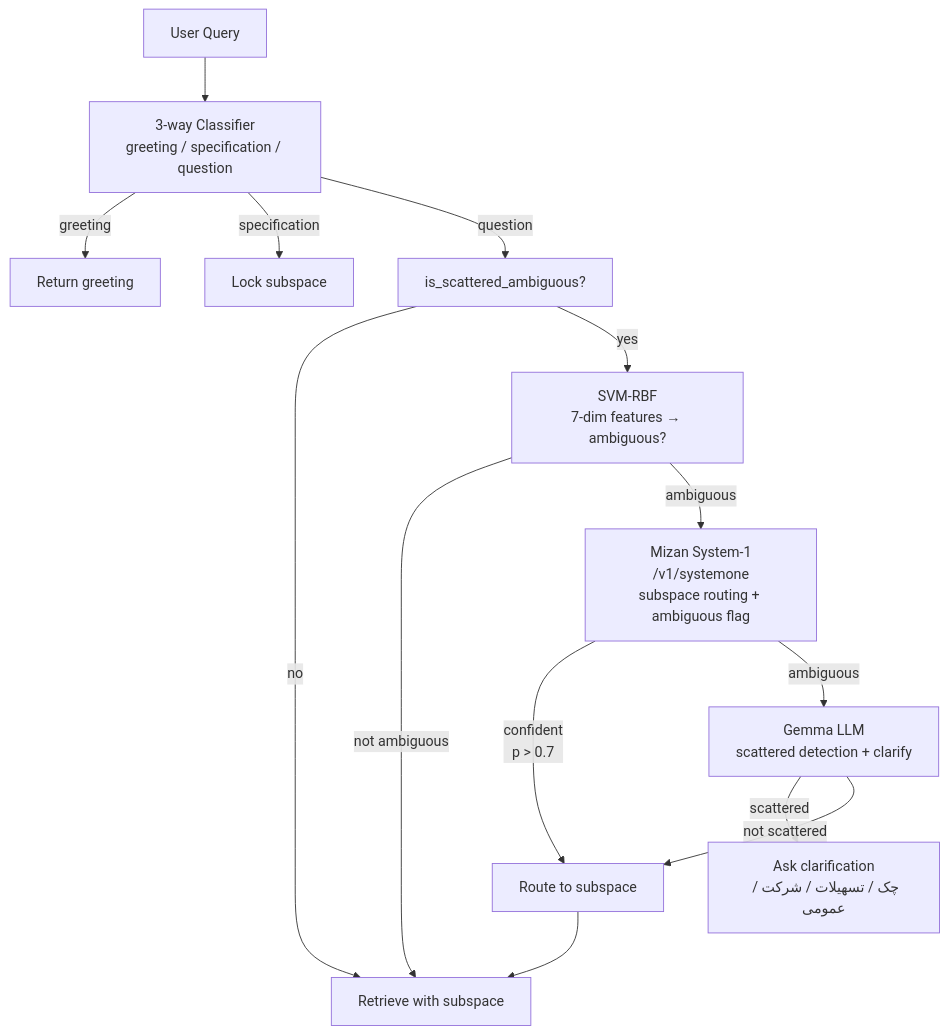
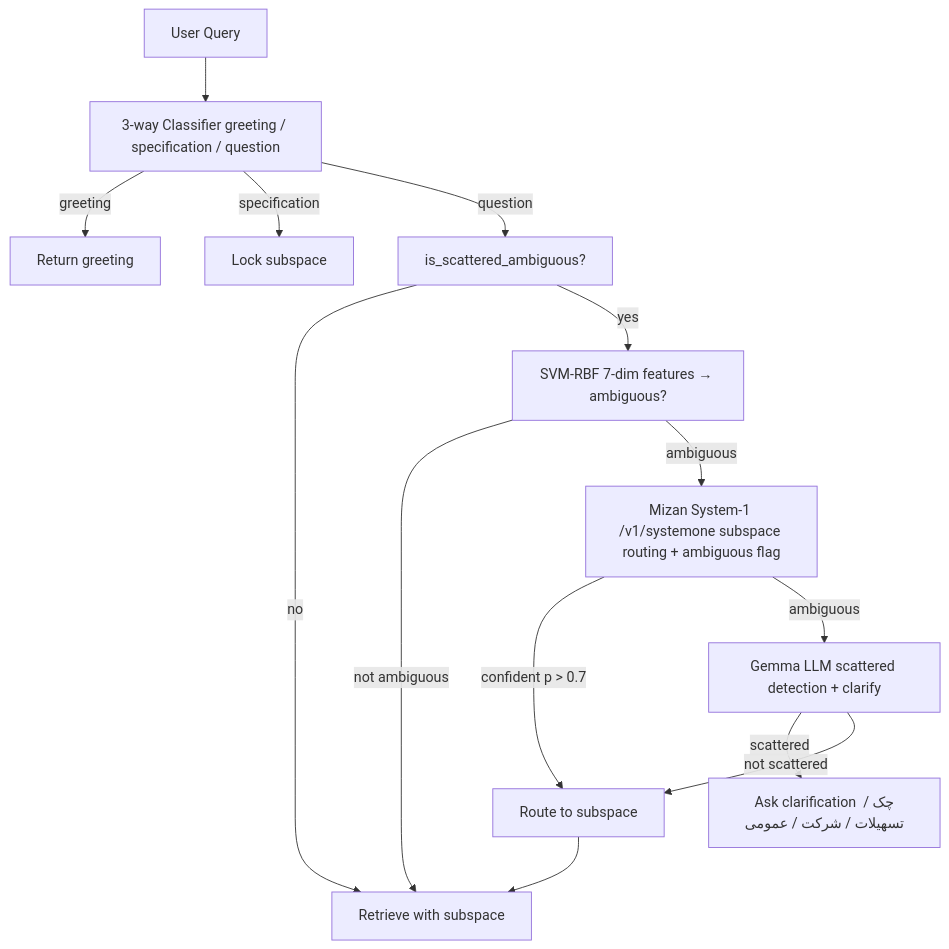
One commit to AliNikkhah2001/Work_RAG-KB changed diagram 12 of 12 in kb-manager/README.md. Above: the diagram before and after it, drawn with Mermaid. The commit also changed other lines of this file, not shown here.

Commit message:
docs(kb-manager): remove <br/> tags from mermaid diagrams for compilation

````diff
--- a/kb-manager/README.md
+++ b/kb-manager/README.md
@@ -970,16 +970,16 @@
 ```mermaid
 flowchart TD
-    Q[User Query] --> CLASSIFY[3-way Classifier<br/>greeting / specification / question]
+    Q[User Query] --> CLASSIFY[3-way Classifier greeting / specification / question]
     CLASSIFY -->|greeting| GREET[Return greeting]
     CLASSIFY -->|specification| SPEC[Lock subspace]
     CLASSIFY -->|question| T5[is_scattered_ambiguous?]
     T5 -->|no| RETRIEVE[Retrieve + rerank]
-    T5 -->|yes| CLASSIFIER[SVM-RBF<br/>7-dim features → ambiguous?]
+    T5 -->|yes| CLASSIFIER[SVM-RBF 7-dim features → ambiguous?]
     CLASSIFIER -->|not ambiguous| RETRIEVE[Retrieve + rerank]
-    CLASSIFIER -->|ambiguous| MIZAN[Mizan System-1<br/>/v1/systemone<br/>subspace routing + ambiguous flag]
-    MIZAN -->|confident<br/>p > 0.7| ROUTE[Route to subspace]
-    MIZAN -->|ambiguous| GEMMA[Gemma LLM<br/>scattered detection + clarify]
-    GEMMA -->|scattered| CLARIFY[Ask clarification<br/>چک / تسهیلات / شرکت / عمومی]
+    CLASSIFIER -->|ambiguous| MIZAN[Mizan System-1 /v1/systemone subspace routing + ambiguous flag]
+    MIZAN -->|confident p > 0.7| ROUTE[Route to subspace]
+    MIZAN -->|ambiguous| GEMMA[Gemma LLM scattered detection + clarify]
+    GEMMA -->|scattered| CLARIFY[Ask clarification چک / تسهیلات / شرکت / عمومی]
     GEMMA -->|not scattered| ROUTE[Route to subspace]
     ROUTE --> RETRIEVE[Retrieve with subspace]
 ```
````
